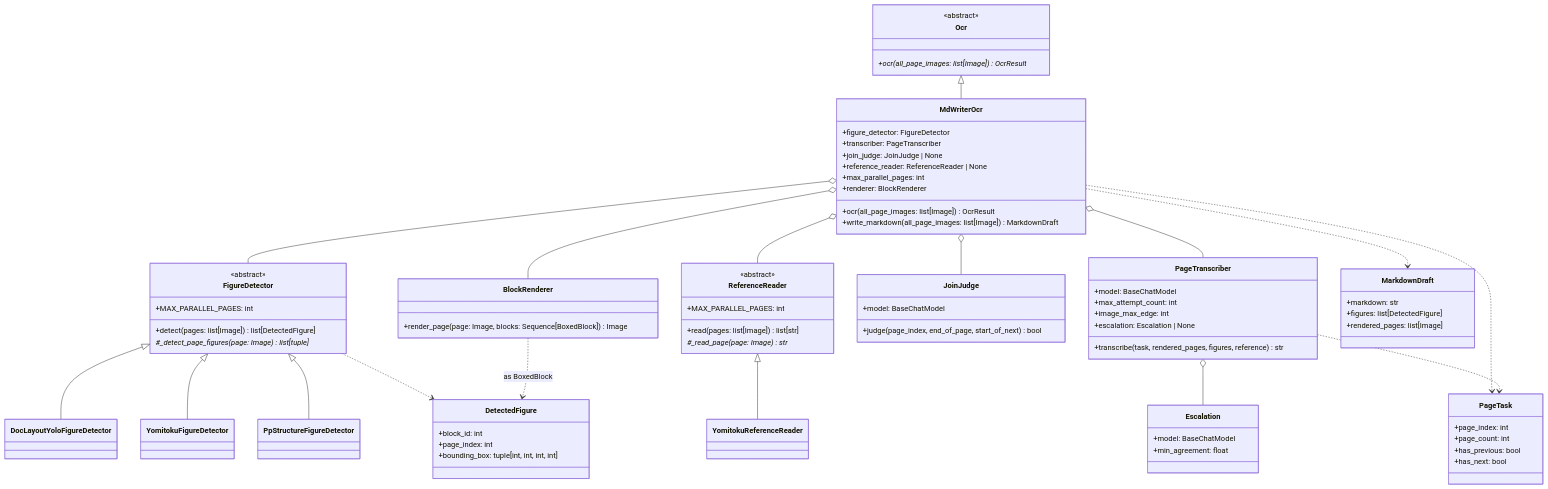
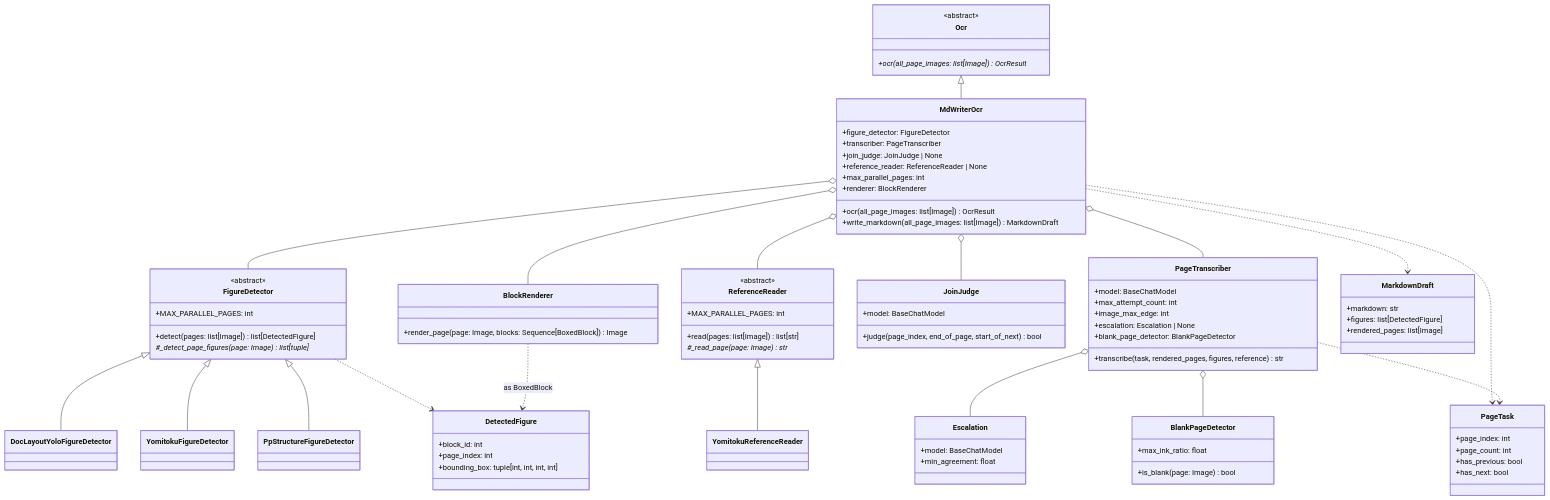
The first of 3 diagrams in Uploader/OcrModule/MdWriter/Docs/MdWriterOcr.md (konbraphat51/SuperSuat), drawn with Mermaid before and after one commit. The commit also changed other lines of this file and 3 other files, not shown here.

Commit message:
docs: describe how MdWriter writes a blank page as empty

```diff
--- a/Uploader/OcrModule/MdWriter/Docs/MdWriterOcr.md
+++ b/Uploader/OcrModule/MdWriter/Docs/MdWriterOcr.md
@@ -52,7 +52,12 @@
         +max_attempt_count: int
         +image_max_edge: int
         +escalation: Escalation | None
+        +blank_page_detector: BlankPageDetector
         +transcribe(task, rendered_pages, figures, reference) str
+    }
+    class BlankPageDetector {
+        +max_ink_ratio: float
+        +is_blank(page: Image) bool
     }
     class Escalation {
         +model: BaseChatModel
@@ -92,6 +97,7 @@
     MdWriterOcr o-- JoinJudge
     MdWriterOcr o-- BlockRenderer
     PageTranscriber o-- Escalation
+    PageTranscriber o-- BlankPageDetector
     MdWriterOcr ..> PageTask
     MdWriterOcr ..> MarkdownDraft
     FigureDetector ..> DetectedFigure
```
